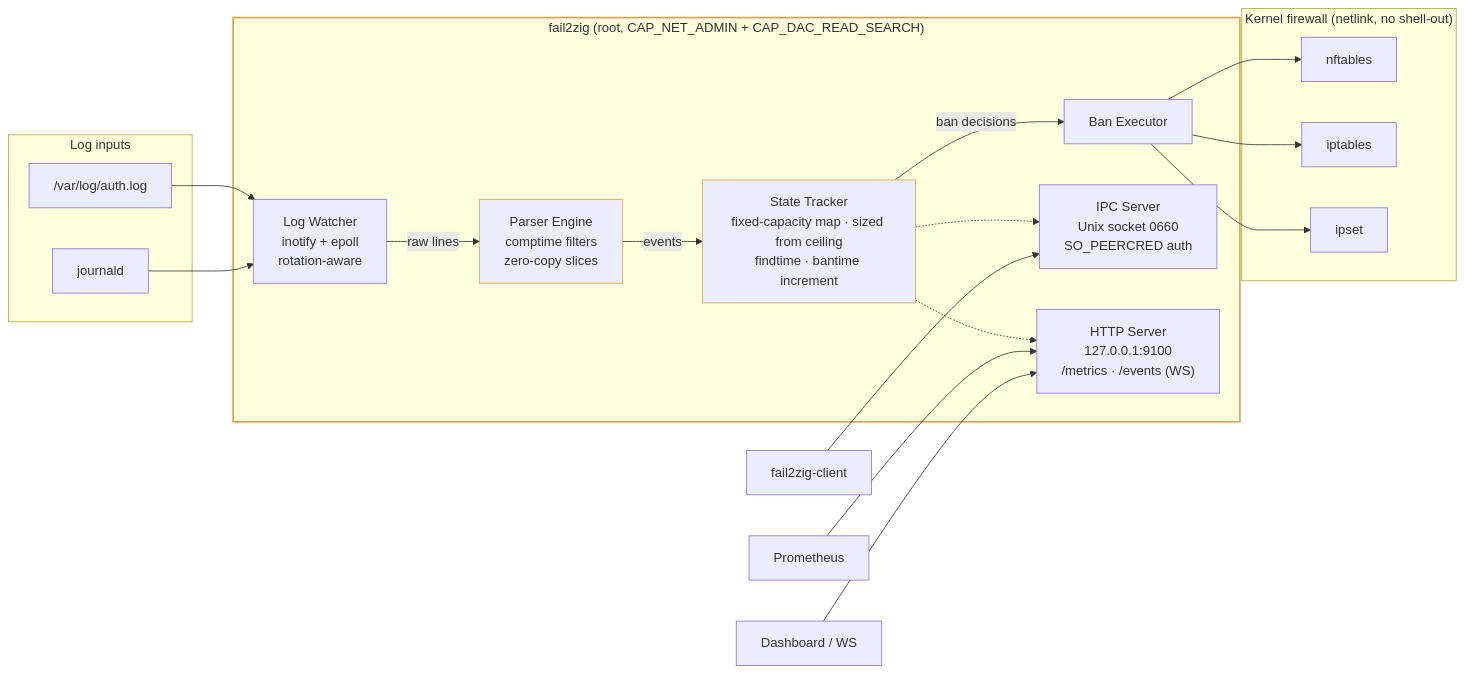
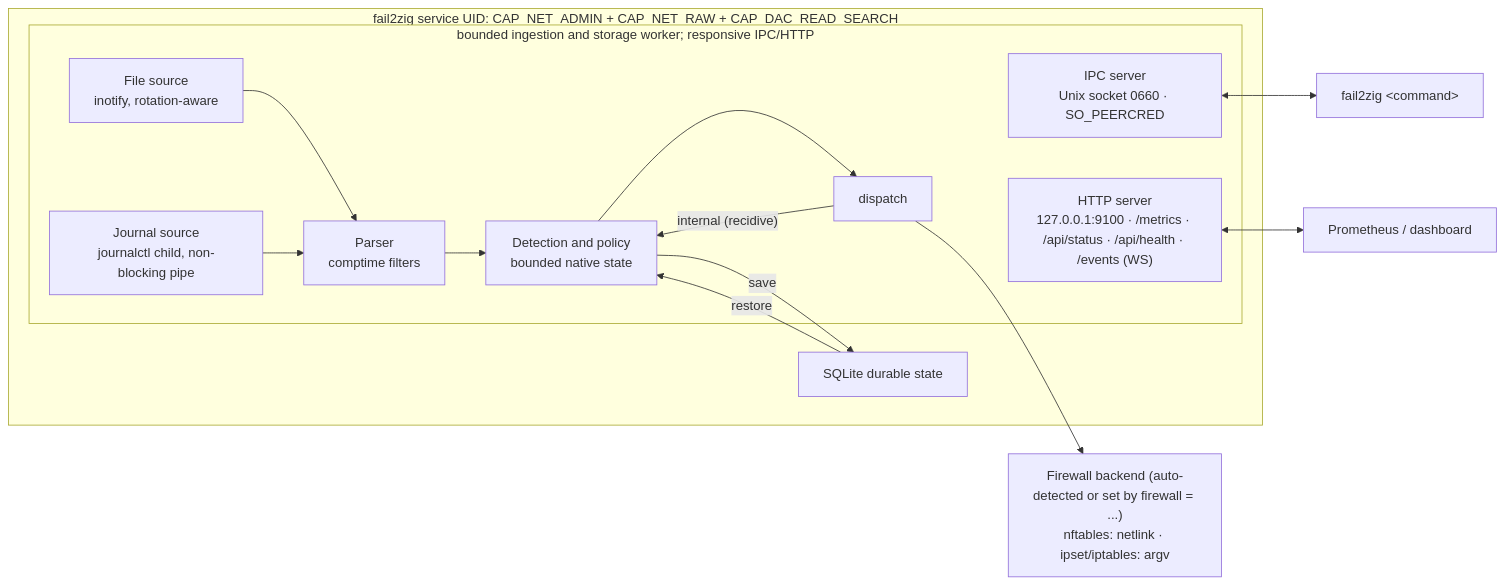
The diagram in README.md (ul0gic/fail2zig), drawn with Mermaid before and after one commit. The commit also changed other lines of this file and 272 other files, not shown here.

First line of the commit message:
feat(release): fail2zig 0.4.0

````diff
--- a/README.md
+++ b/README.md
@@ -109,41 +113,32 @@
 ```mermaid
 flowchart LR
-    subgraph Inputs["Log inputs"]
-        AL["/var/log/auth.log"]
-        JD["journald"]
+    subgraph Daemon["fail2zig service UID: CAP_NET_ADMIN + CAP_NET_RAW + CAP_DAC_READ_SEARCH"]
+        subgraph Loop["bounded ingestion and storage worker; responsive IPC/HTTP"]
+            FS["File source<br/>inotify, rotation-aware"]
+            JS["Journal source<br/>journalctl child, non-blocking pipe"]
+            PE["Parser<br/>comptime filters"]
+            ST["Detection and policy<br/>bounded native state"]
+            DP["dispatch"]
+            IPC["IPC server<br/>Unix socket 0660 · SO_PEERCRED"]
+            HTTP["HTTP server<br/>127.0.0.1:9100 · /metrics · /api/status · /api/health · /events (WS)"]
+        end
+        SF["SQLite durable state"]
     end
 
-    subgraph Daemon["fail2zig (root, CAP_NET_ADMIN + CAP_DAC_READ_SEARCH)"]
-        LW["Log Watcher<br/>inotify + epoll<br/>rotation-aware"]
-        PE["Parser Engine<br/>comptime filters<br/>zero-copy slices"]
-        ST["State Tracker<br/>fixed-capacity map · sized from ceiling<br/>findtime · bantime increment"]
-        BE["Ban Executor"]
-        IPC["IPC Server<br/>Unix socket 0660<br/>SO_PEERCRED auth"]
-        HTTP["HTTP Server<br/>127.0.0.1:9100<br/>/metrics · /events (WS)"]
-    end
+    BE["Firewall backend (auto-detected or set by firewall = ...)<br/>nftables: netlink · ipset/iptables: argv"]
+    CLI["fail2zig &lt;command&gt;"]
+    PROM["Prometheus / dashboard"]
 
-    subgraph Kernel["Kernel firewall (netlink, no shell-out)"]
-        NFT["nftables"]
-        IPT["iptables"]
-        IPS["ipset"]
-    end
-
-    AL --> LW
-    JD --> LW
-    LW -->|raw lines| PE
-    PE -->|events| ST
-    ST -->|ban decisions| BE
-    BE --> NFT
-    BE --> IPT
-    BE --> IPS
-    ST -.-> IPC
-    ST -.-> HTTP
-
-    CLI["fail2zig-client"] --> IPC
-    PROM["Prometheus"] --> HTTP
-    DASH["Dashboard / WS"] --> HTTP
-
-    style Daemon stroke:#E1A050,stroke-width:2px
-    style PE stroke:#E1A050
-    style ST stroke:#E1A050
+    FS --> PE
+    JS --> PE
+    PE --> ST
+    ST --> DP
+    DP --> BE
+    DP -->|"internal (recidive)"| ST
+    ST -->|save| SF
+    SF -->|restore| ST
+    IPC <--> CLI
+    HTTP <--> PROM
+    DP ~~~ IPC
+    DP ~~~ HTTP
 ```
````
